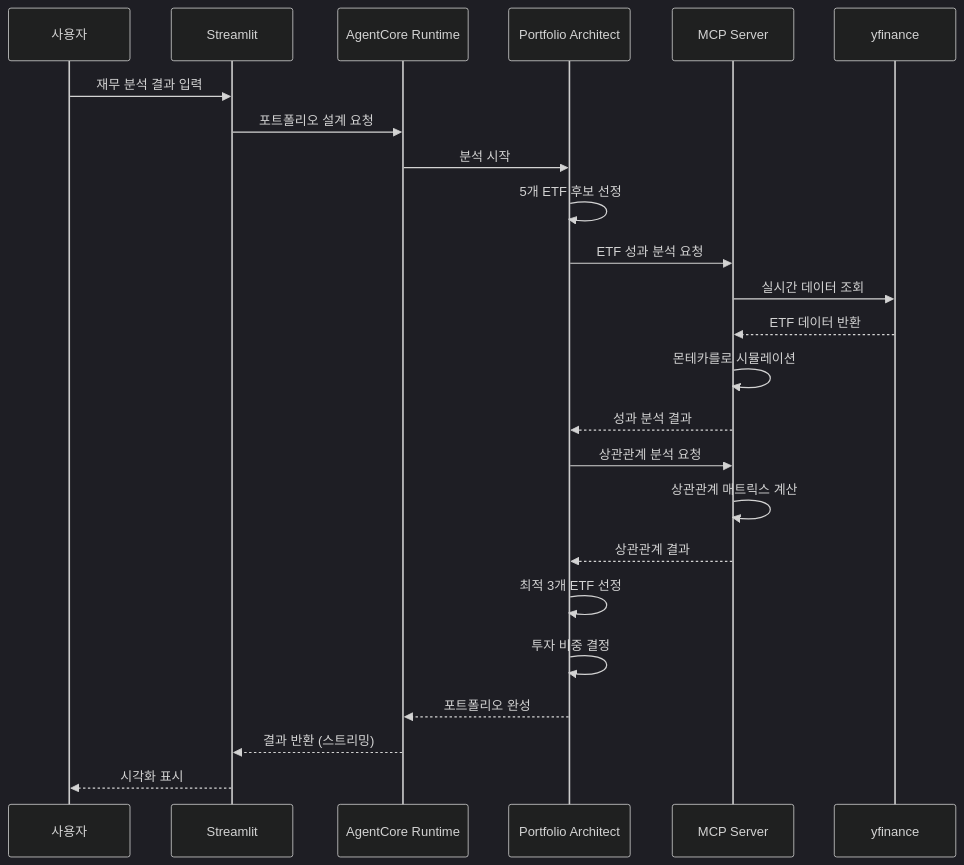
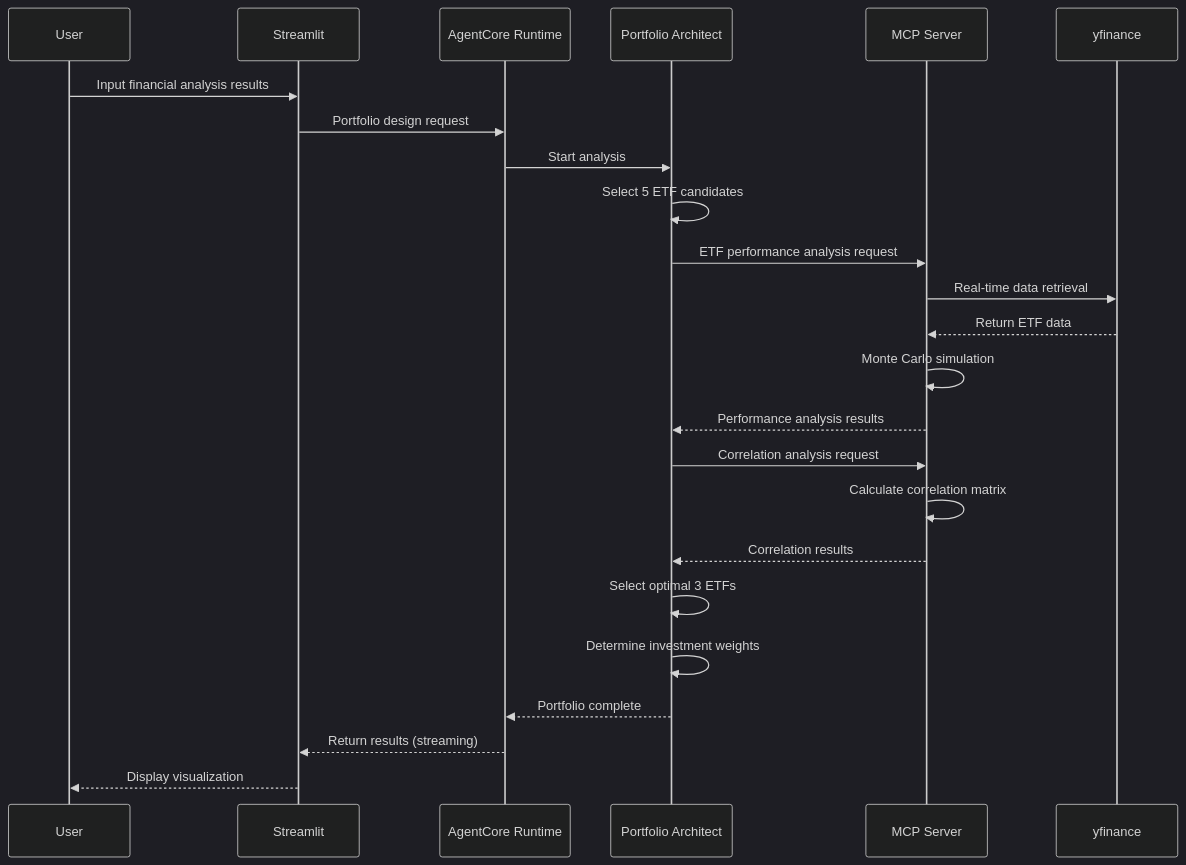
Before and after one commit to ksgsslee/agentic_ai_fund_manager: the diagram in portfolio_architect/README.md, drawn with Mermaid (dark theme). The commit also changed other lines of this file and 10 other files, not shown here.

Commit message:
portfolioarchitect

````diff
--- a/portfolio_architect/README.md
+++ b/portfolio_architect/README.md
@@ -90,27 +90,27 @@
 ```mermaid
 sequenceDiagram
-    participant U as 사용자
+    participant U as User
     participant S as Streamlit
     participant R as AgentCore Runtime
     participant A as Portfolio Architect
     participant M as MCP Server
     participant Y as yfinance
     
-    U->>S: 재무 분석 결과 입력
-    S->>R: 포트폴리오 설계 요청
-    R->>A: 분석 시작
-    A->>A: 5개 ETF 후보 선정
-    A->>M: ETF 성과 분석 요청
-    M->>Y: 실시간 데이터 조회
-    Y-->>M: ETF 데이터 반환
-    M->>M: 몬테카를로 시뮬레이션
-    M-->>A: 성과 분석 결과
-    A->>M: 상관관계 분석 요청
-    M->>M: 상관관계 매트릭스 계산
-    M-->>A: 상관관계 결과
-    A->>A: 최적 3개 ETF 선정
-    A->>A: 투자 비중 결정
-    A-->>R: 포트폴리오 완성
-    R-->>S: 결과 반환 (스트리밍)
-    S-->>U: 시각화 표시
+    U->>S: Input financial analysis results
+    S->>R: Portfolio design request
+    R->>A: Start analysis
+    A->>A: Select 5 ETF candidates
+    A->>M: ETF performance analysis request
+    M->>Y: Real-time data retrieval
+    Y-->>M: Return ETF data
+    M->>M: Monte Carlo simulation
+    M-->>A: Performance analysis results
+    A->>M: Correlation analysis request
+    M->>M: Calculate correlation matrix
+    M-->>A: Correlation results
+    A->>A: Select optimal 3 ETFs
+    A->>A: Determine investment weights
+    A-->>R: Portfolio complete
+    R-->>S: Return results (streaming)
+    S-->>U: Display visualization
 ```
````
